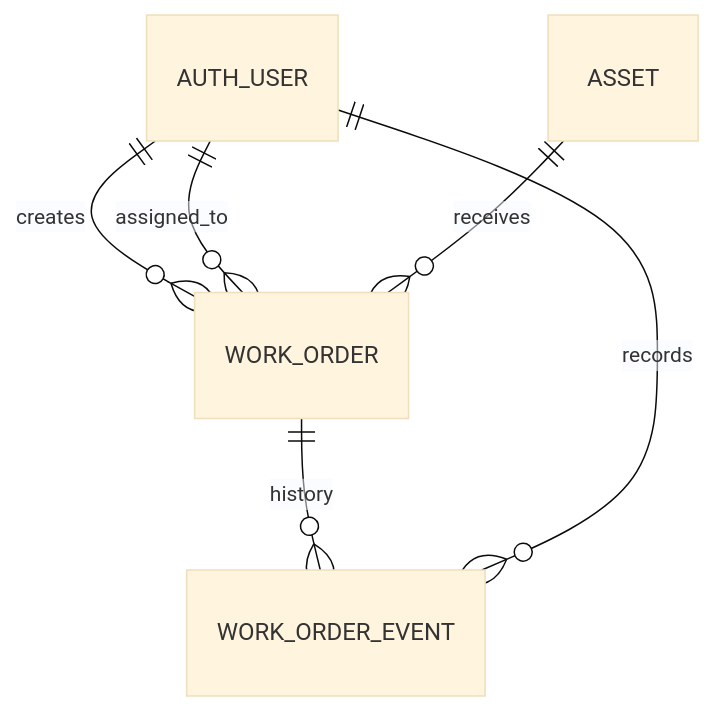
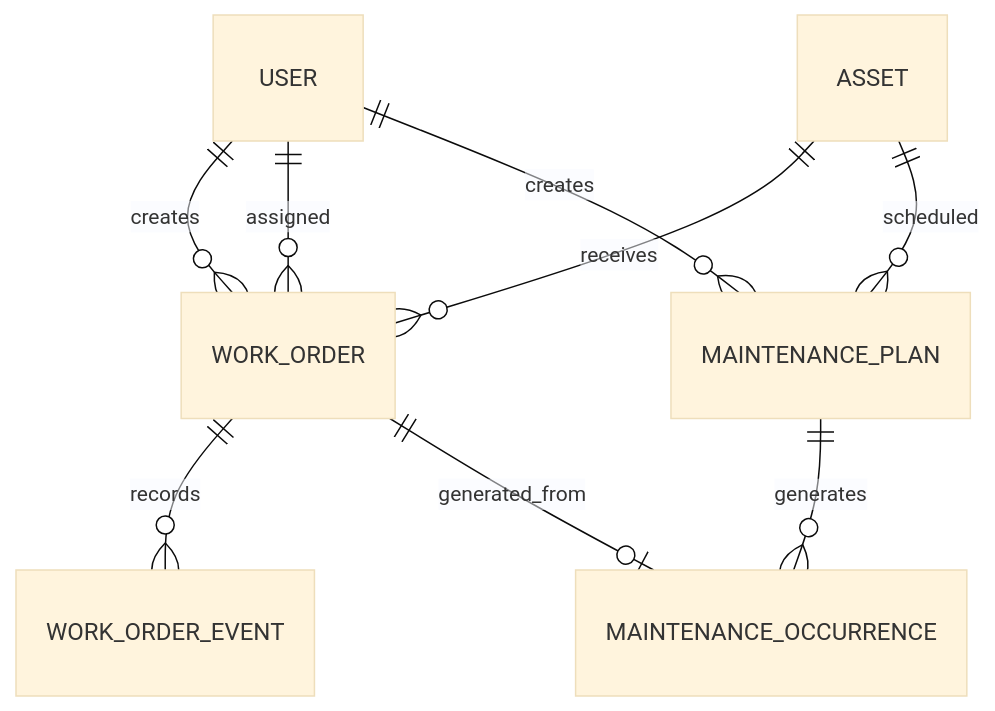
Before and after one commit to miormuhammadamir/assetops: the diagram in docs/DATABASE.md, drawn with Mermaid (base theme). The commit also changed other lines of this file and 25 other files, not shown here.

````diff
--- a/docs/DATABASE.md
+++ b/docs/DATABASE.md
@@ -3,8 +5,11 @@
 ```mermaid
 erDiagram
-    AUTH_USER ||--o{ WORK_ORDER : creates
-    AUTH_USER ||--o{ WORK_ORDER : assigned_to
-    ASSET ||--o{ WORK_ORDER : receives
-    WORK_ORDER ||--o{ WORK_ORDER_EVENT : history
-    AUTH_USER ||--o{ WORK_ORDER_EVENT : records
+  USER ||--o{ WORK_ORDER : creates
+  USER ||--o{ WORK_ORDER : assigned
+  USER ||--o{ MAINTENANCE_PLAN : creates
+  ASSET ||--o{ WORK_ORDER : receives
+  ASSET ||--o{ MAINTENANCE_PLAN : scheduled
+  WORK_ORDER ||--o{ WORK_ORDER_EVENT : records
+  MAINTENANCE_PLAN ||--o{ MAINTENANCE_OCCURRENCE : generates
+  WORK_ORDER ||--o| MAINTENANCE_OCCURRENCE : generated_from
 ```
````
